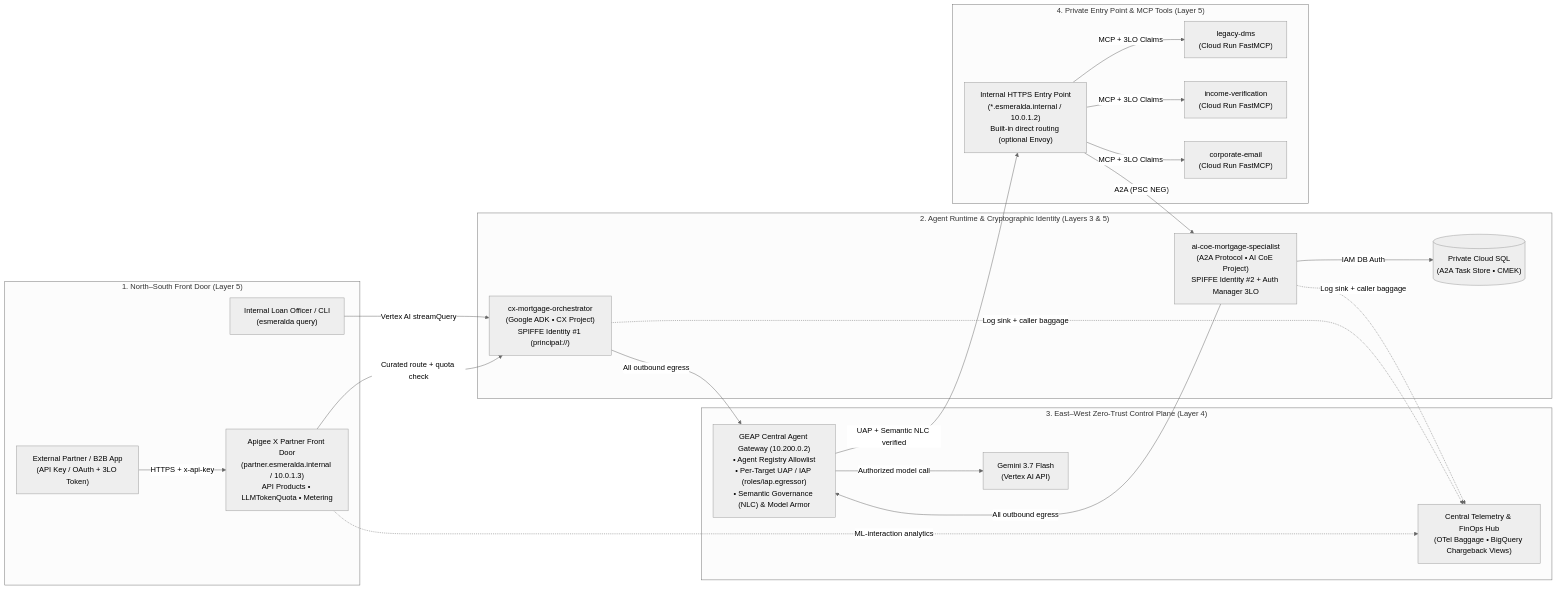
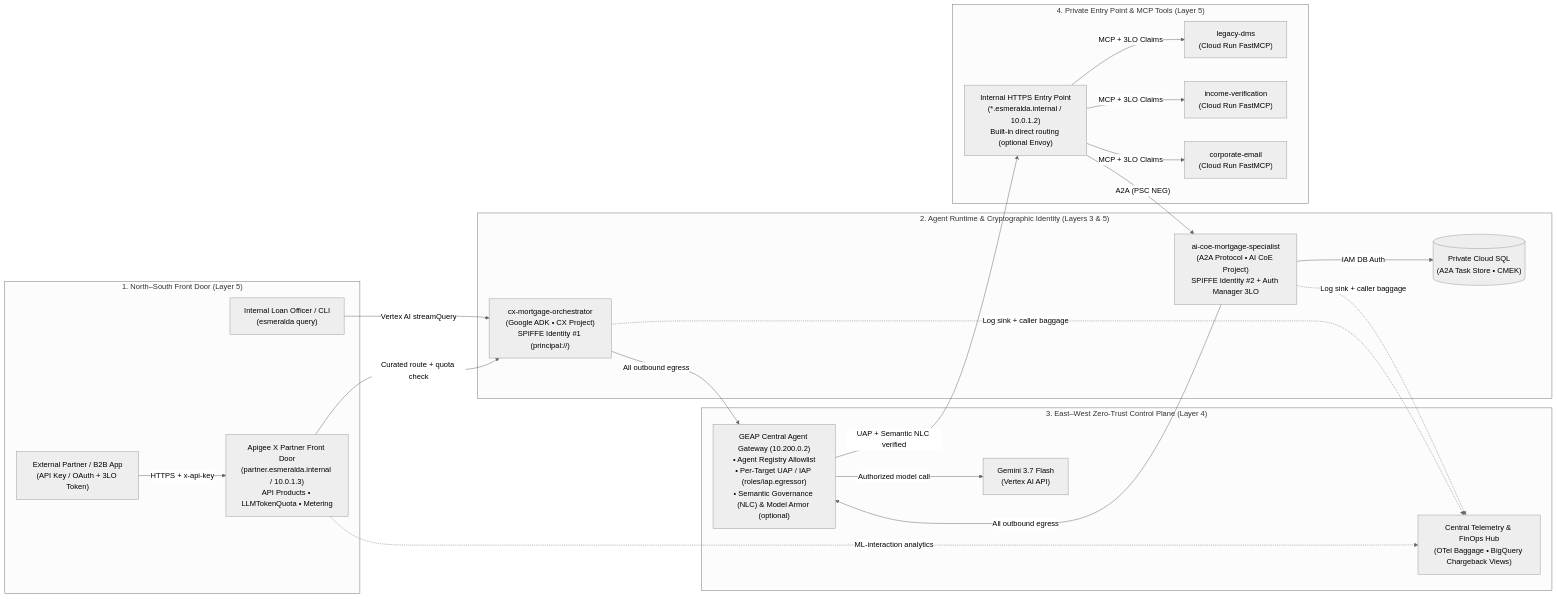
One commit to google/esmeralda changed the first of 3 diagrams in docs/src/index.md. Above: the diagram before and after it, drawn with Mermaid (neutral theme). The commit also changed other lines of this file and 4 other files, not shown here.

First line of the commit message:
docs: qualify Model Armor coverage on the Agent Gateway (#218)

````diff
--- a/docs/src/index.md
+++ b/docs/src/index.md
@@ -109,45 +109,45 @@
 ```mermaid
 flowchart LR
     subgraph NS["1. North–South Front Door (Layer 5)"]
         Partner["External Partner / B2B App<br/>(API Key / OAuth + 3LO Token)"]
         Apigee["Apigee X Partner Front Door<br/>(partner.esmeralda.internal / 10.0.1.3)<br/>API Products • LLMTokenQuota • Metering"]
         Caller["Internal Loan Officer / CLI<br/>(esmeralda query)"]
     end
 
     subgraph Agents["2. Agent Runtime & Cryptographic Identity (Layers 3 & 5)"]
         Orch["cx-mortgage-orchestrator<br/>(Google ADK • CX Project)<br/>SPIFFE Identity #1 (principal://)"]
         Spec["ai-coe-mortgage-specialist<br/>(A2A Protocol • AI CoE Project)<br/>SPIFFE Identity #2 + Auth Manager 3LO"]
         SQL[("Private Cloud SQL<br/>(A2A Task Store • CMEK)")]
     end
 
     subgraph Gov["3. East–West Zero-Trust Control Plane (Layer 4)"]
-        AGW["GEAP Central Agent Gateway (10.200.0.2)<br/>• Agent Registry Allowlist<br/>• Per-Target UAP / IAP (roles/iap.egressor)<br/>• Semantic Governance (NLC) & Model Armor"]
+        AGW["GEAP Central Agent Gateway (10.200.0.2)<br/>• Agent Registry Allowlist<br/>• Per-Target UAP / IAP (roles/iap.egressor)<br/>• Semantic Governance (NLC) & Model Armor (optional)"]
         Gemini["Gemini 3.7 Flash<br/>(Vertex AI API)"]
         FinOps["Central Telemetry & FinOps Hub<br/>(OTel Baggage • BigQuery Chargeback Views)"]
     end
 
     subgraph EastWest["4. Private Entry Point & MCP Tools (Layer 5)"]
         EP["Internal HTTPS Entry Point<br/>(*.esmeralda.internal / 10.0.1.2)<br/>Built-in direct routing (optional Envoy)"]
         DMS["legacy-dms<br/>(Cloud Run FastMCP)"]
         Inc["income-verification<br/>(Cloud Run FastMCP)"]
         Email["corporate-email<br/>(Cloud Run FastMCP)"]
     end
 
     Partner -->|"HTTPS + x-api-key"| Apigee
     Apigee -->|"Curated route + quota check"| Orch
     Caller -->|"Vertex AI streamQuery"| Orch
 
     Orch -->|"All outbound egress"| AGW
     Spec -->|"All outbound egress"| AGW
 
     AGW -->|"Authorized model call"| Gemini
     AGW -->|"UAP + Semantic NLC verified"| EP
 
     EP -->|"A2A (PSC NEG)"| Spec
     EP -->|"MCP + 3LO Claims"| DMS & Inc & Email
     Spec -->|"IAM DB Auth"| SQL
 
     Orch -.->|"Log sink + caller baggage"| FinOps
     Spec -.->|"Log sink + caller baggage"| FinOps
     Apigee -.->|"ML-interaction analytics"| FinOps
 ```
````
